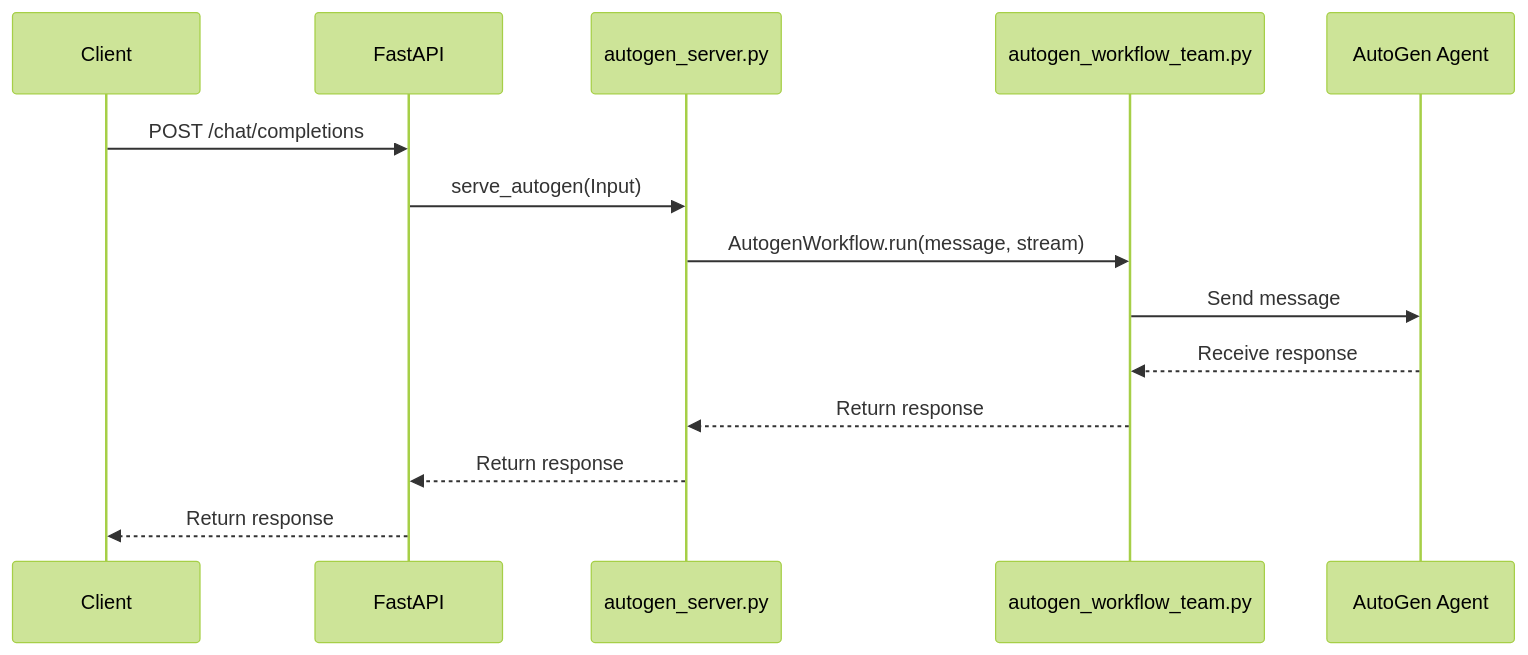
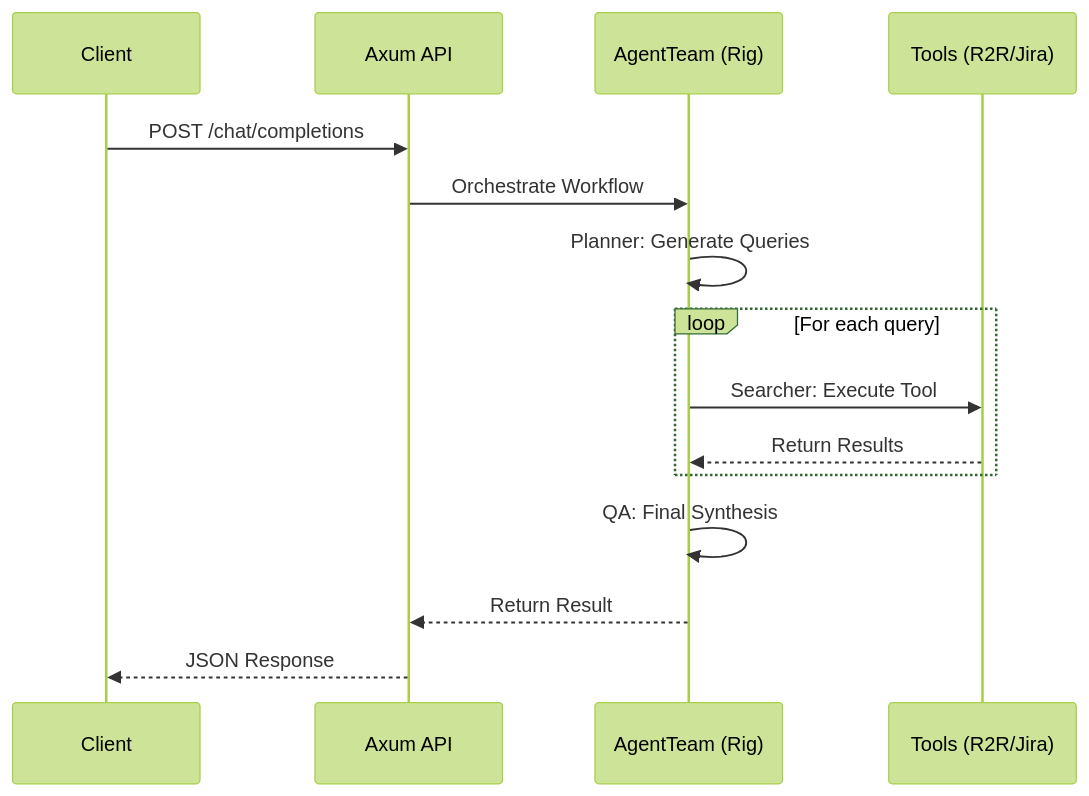
Before and after one commit to lgcorzo/fastapi-autogen-team: the second of 2 diagrams in README.md, drawn with Mermaid (forest theme). The commit also changed other lines of this file and 38 other files, not shown here.

Commit message:
Refactor: Complete migration from Python to Rust/Axum/Rig, cleaned up Python artifacts, and updated documentation

````diff
--- a/README.md
+++ b/README.md
@@ -317,17 +68,18 @@
 ```mermaid
 sequenceDiagram
-    participant Client
-    participant FastAPI
-    participant autogen_server.py
-    participant autogen_workflow_team.py
-    participant AutoGen Agent
+    participant C as Client
+    participant A as Axum API
+    participant AT as AgentTeam (Rig)
+    participant T as Tools (R2R/Jira)
 
-    Client->>FastAPI: POST /chat/completions
-    FastAPI->>autogen_server.py: serve_autogen(Input)
-    autogen_server.py->>autogen_workflow_team.py: AutogenWorkflow.run(message, stream)
-    autogen_workflow_team.py->>AutoGen Agent: Send message
-    AutoGen Agent-->>autogen_workflow_team.py: Receive response
-    autogen_workflow_team.py-->>autogen_server.py: Return response
-    autogen_server.py-->>FastAPI: Return response
-    FastAPI-->>Client: Return response
+    C->>A: POST /chat/completions
+    A->>AT: Orchestrate Workflow
+    AT->>AT: Planner: Generate Queries
+    loop For each query
+        AT->>T: Searcher: Execute Tool
+        T-->>AT: Return Results
+    end
+    AT->>AT: QA: Final Synthesis
+    AT-->>A: Return Result
+    A-->>C: JSON Response
 ```
````
